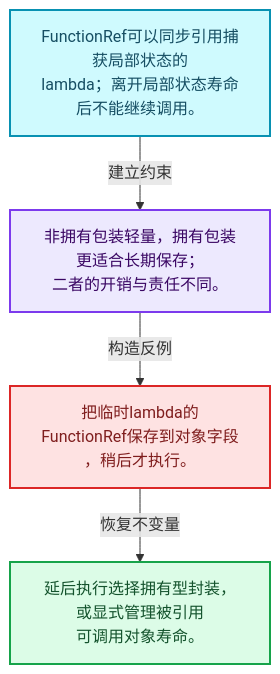
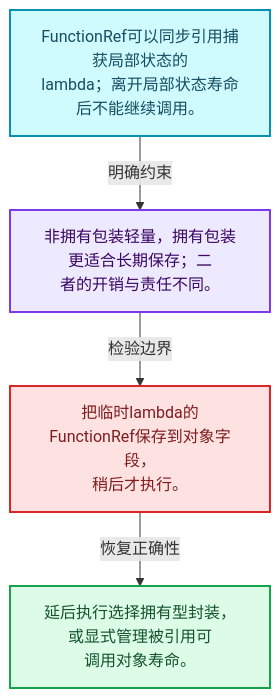
One commit to yunkezengren/blender-.vscode changed the first of 4 diagrams in 杂/markdown/全面学习-codex/01-基础容器与现代CPP/16-FunctionRef非拥有回调.md. Above: the diagram before and after it, drawn with Mermaid. The commit also changed other lines of this file and 1930 other files, not shown here.

````diff
--- a/杂/markdown/全面学习-codex/01-基础容器与现代CPP/16-FunctionRef非拥有回调.md
+++ b/杂/markdown/全面学习-codex/01-基础容器与现代CPP/16-FunctionRef非拥有回调.md
@@ -29,16 +29,16 @@
 ```mermaid
 flowchart TB
   M["FunctionRef可以同步引用捕获局部状态的<br/>lambda；离开局部状态寿命后不能继续调用。"]:::data
-  T["非拥有包装轻量，拥有包装更适合长期保存；<br/>二者的开销与责任不同。"]:::abstraction
-  X["把临时lambda的FunctionRef保存到对象字段<br/>，稍后才执行。"]:::error
-  A["延后执行选择拥有型封装，或显式管理被引用<br/>可调用对象寿命。"]:::result
-  M -->|"建立约束"| T
-  T -->|"构造反例"| X
-  X -->|"恢复不变量"| A
+  C["非拥有包装轻量，拥有包装更适合长期保存；二<br/>者的开销与责任不同。"]:::abstraction
+  B["把临时lambda的FunctionRef保存到对象字段，<br/>稍后才执行。"]:::error
+  R["延后执行选择拥有型封装，或显式管理被引用可<br/>调用对象寿命。"]:::result
+  M -->|"明确约束"| C
+  C -->|"检验边界"| B
+  B -->|"恢复正确性"| R
   classDef input fill:#DBEAFE,stroke:#2563EB,color:#172554,stroke-width:2px;
   classDef data fill:#CFFAFE,stroke:#0891B2,color:#164E63,stroke-width:2px;
   classDef abstraction fill:#EDE9FE,stroke:#7C3AED,color:#3B0764,stroke-width:2px;
   classDef compute fill:#FEF3C7,stroke:#D97706,color:#78350F,stroke-width:2px;
   classDef result fill:#DCFCE7,stroke:#16A34A,color:#14532D,stroke-width:2px;
   classDef error fill:#FEE2E2,stroke:#DC2626,color:#7F1D1D,stroke-width:2px;
 ```
````
